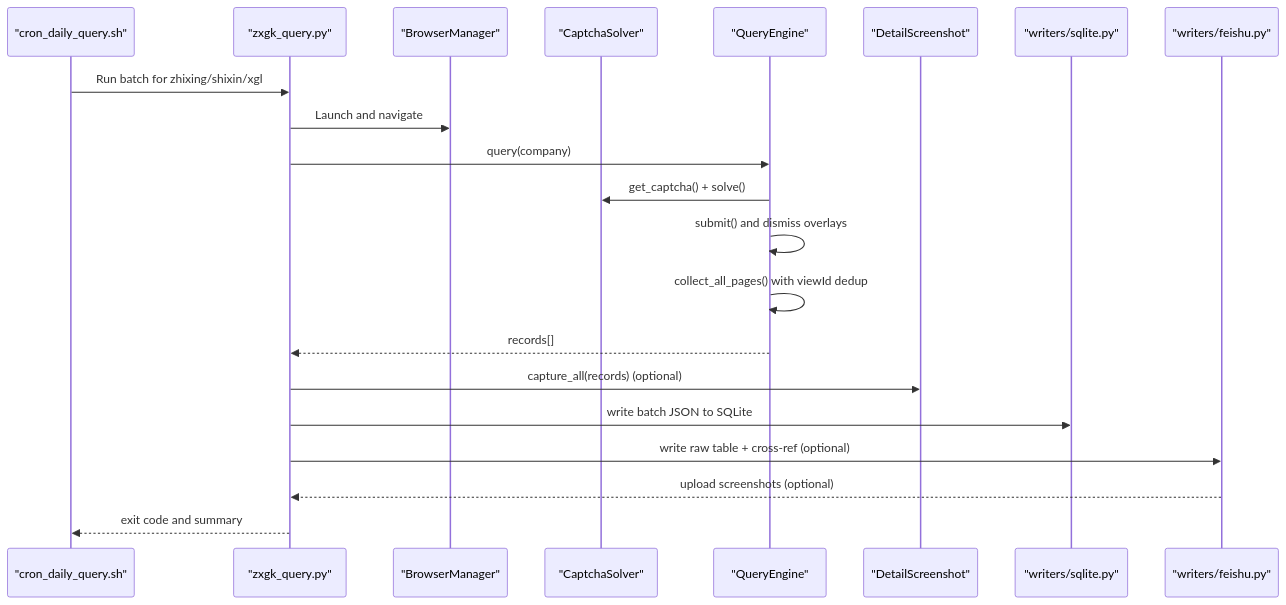
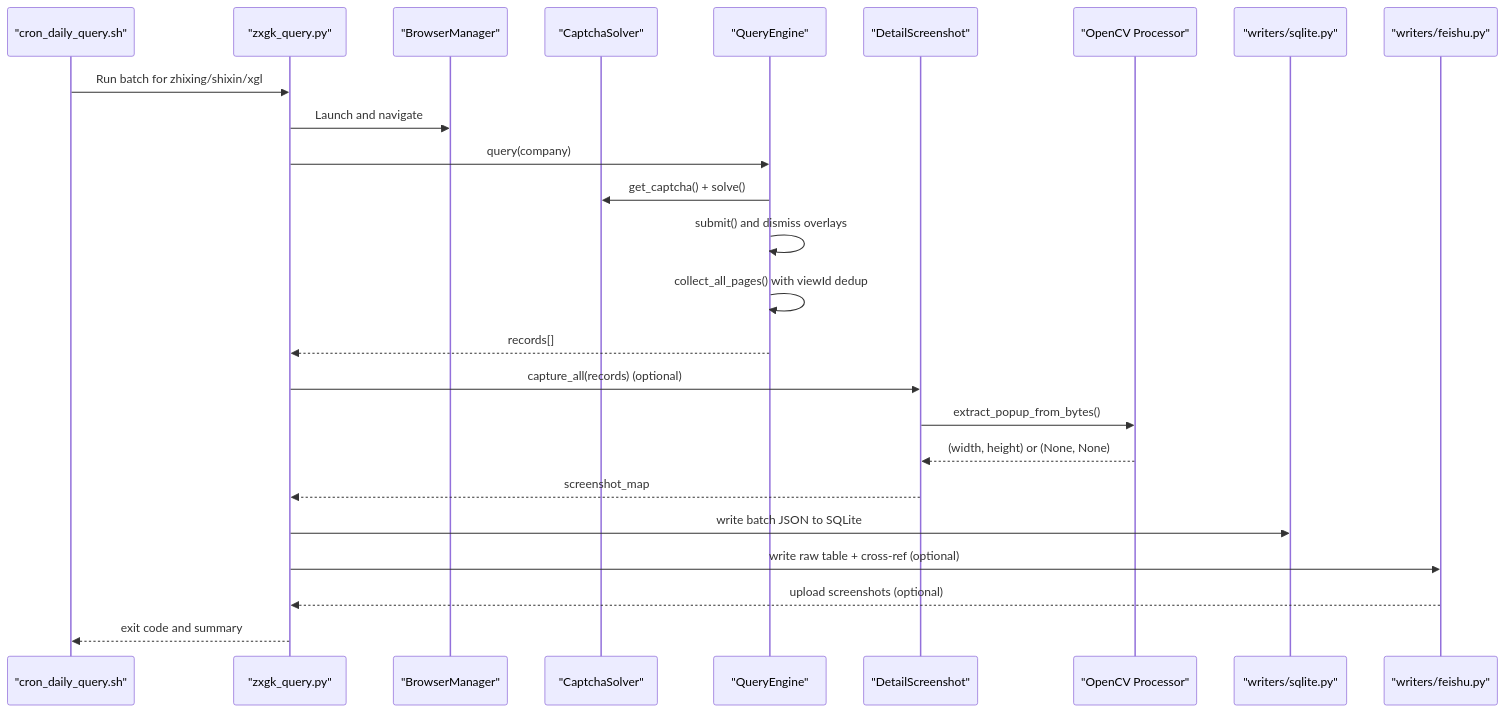
One commit to supotato-ipj/zxgk_auto_query-skill changed the second of 7 diagrams in .qoder/repowiki/en/content/Core Architecture/Data Processing Pipeline.md. Above: the diagram before and after it, drawn with Mermaid. The commit also changed other lines of this file and 24 other files, not shown here.

````diff
--- a/.qoder/repowiki/en/content/Core Architecture/Data Processing Pipeline.md
+++ b/.qoder/repowiki/en/content/Core Architecture/Data Processing Pipeline.md
@@ -114,23 +147,27 @@
 ```mermaid
 sequenceDiagram
 participant Cron as "cron_daily_query.sh"
 participant CLI as "zxgk_query.py"
 participant BM as "BrowserManager"
 participant CE as "CaptchaSolver"
 participant QE as "QueryEngine"
 participant DS as "DetailScreenshot"
+participant SS as "OpenCV Processor"
 participant SQL as "writers/sqlite.py"
 participant FS as "writers/feishu.py"
 Cron->>CLI : Run batch for zhixing/shixin/xgl
 CLI->>BM : Launch and navigate
 CLI->>QE : query(company)
 QE->>CE : get_captcha() + solve()
 QE->>QE : submit() and dismiss overlays
 QE->>QE : collect_all_pages() with viewId dedup
 QE-->>CLI : records[]
 CLI->>DS : capture_all(records) (optional)
+DS->>SS : extract_popup_from_bytes()
+SS-->>DS : (width, height) or (None, None)
+DS-->>CLI : screenshot_map
 CLI->>SQL : write batch JSON to SQLite
 CLI->>FS : write raw table + cross-ref (optional)
 FS-->>CLI : upload screenshots (optional)
 CLI-->>Cron : exit code and summary
 ```
````
